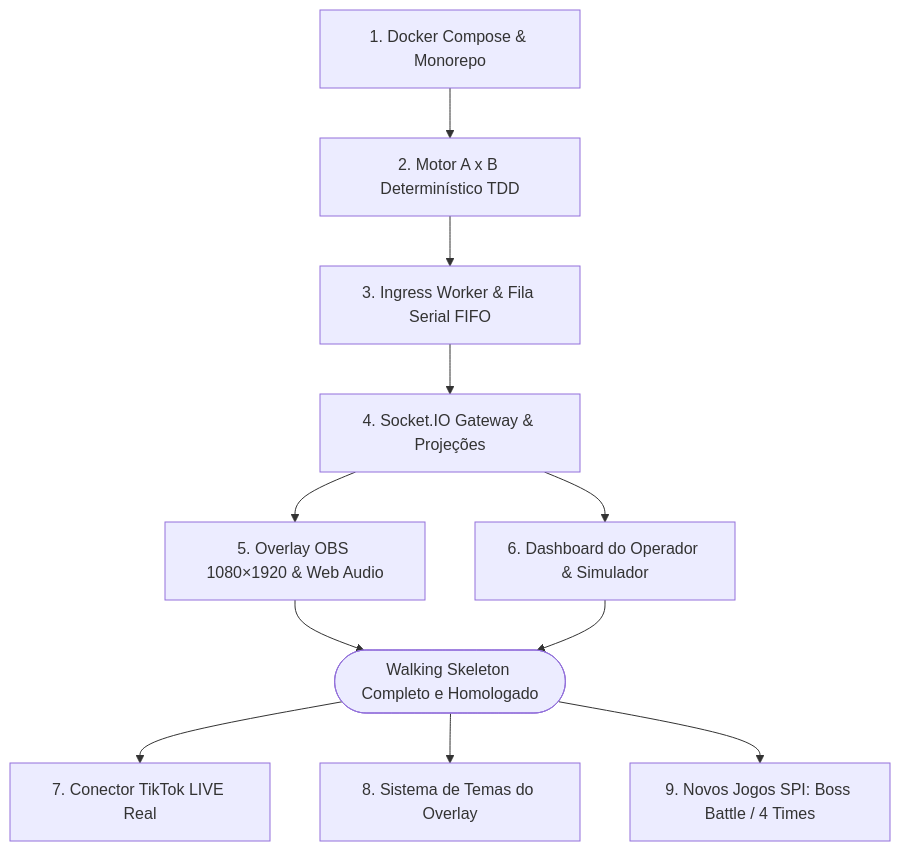
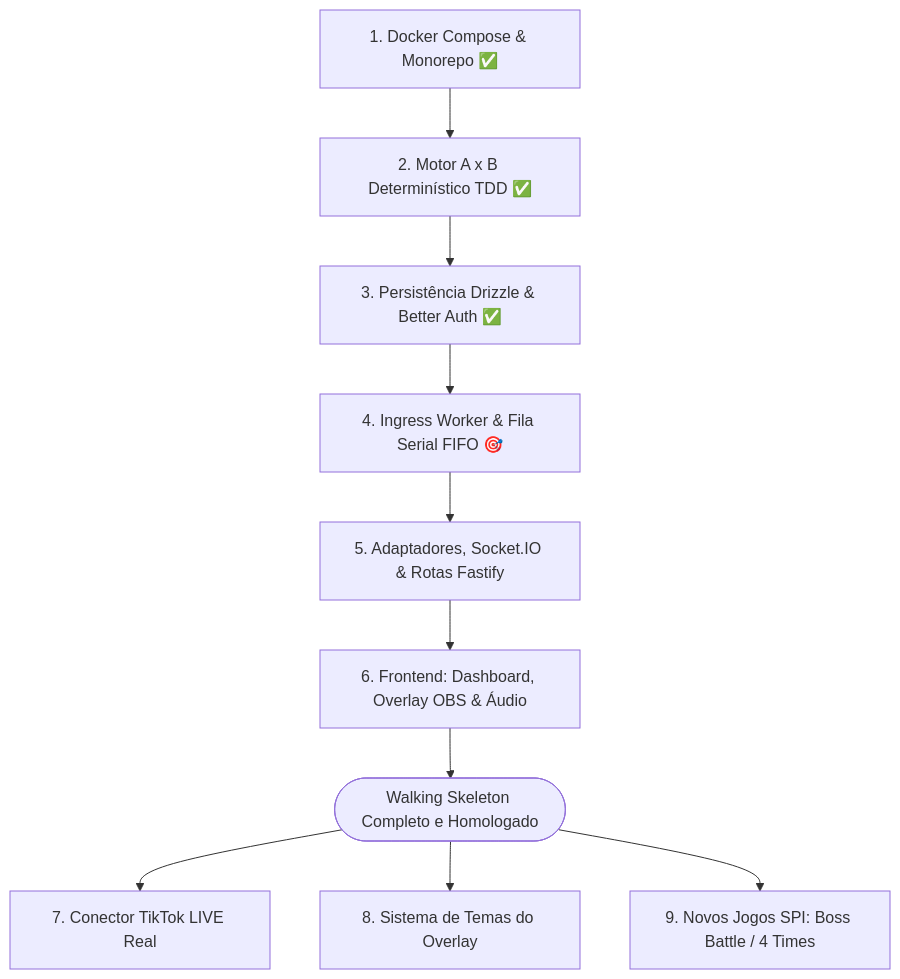
The second of 2 diagrams in docs/roadmap.md (luis-henrique-carvalho/tiktok-gamer-lives), drawn with Mermaid before and after one commit. The commit also changed other lines of this file and 28 other files, not shown here.

Commit message:
feat(api): implementar persistência Drizzle ORM e Better Auth (Fase 3)

````diff
--- a/docs/roadmap.md
+++ b/docs/roadmap.md
@@ -97,15 +100,13 @@
 ```mermaid
 flowchart TD
-    DOCKER[1. Docker Compose & Monorepo] --> ENGINE[2. Motor A x B Determinístico TDD]
-    ENGINE --> INGRESS[3. Ingress Worker & Fila Serial FIFO]
-    INGRESS --> SOCKET[4. Socket.IO Gateway & Projeções]
-    SOCKET --> OVERLAY[5. Overlay OBS 1080×1920 & Web Audio]
-    SOCKET --> DASHBOARD[6. Dashboard do Operador & Simulador]
-    
-    OVERLAY --> MVP_DONE([Walking Skeleton Completo e Homologado])
-    DASHBOARD --> MVP_DONE
+    DOCKER["1. Docker Compose & Monorepo ✅"] --> ENGINE["2. Motor A x B Determinístico TDD ✅"]
+    ENGINE --> PERSIST["3. Persistência Drizzle & Better Auth ✅"]
+    PERSIST --> INGRESS["4. Ingress Worker & Fila Serial FIFO 🎯"]
+    INGRESS --> FASTIFY["5. Adaptadores, Socket.IO & Rotas Fastify"]
+    FASTIFY --> FRONTEND["6. Frontend: Dashboard, Overlay OBS & Áudio"]
+    FRONTEND --> MVP_DONE([Walking Skeleton Completo e Homologado])
     
     MVP_DONE --> TIKTOK_LIVE[7. Conector TikTok LIVE Real]
     MVP_DONE --> THEMES[8. Sistema de Temas do Overlay]
     MVP_DONE --> NEW_GAMES[9. Novos Jogos SPI: Boss Battle / 4 Times]
 ```
````
